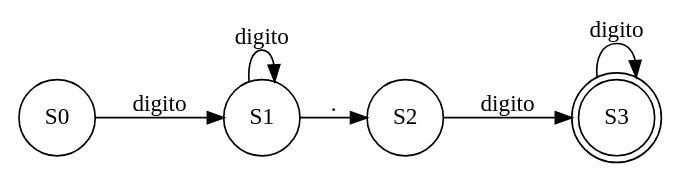
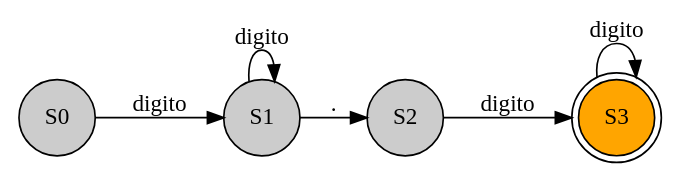
The diagram in src/AFD_201902502/decimales.dot (Desconocido502/OLC1-proyecto1-201902502), drawn with Graphviz before and after one commit. The commit also changed 77 other files, not shown here.

```diff
--- a/src/AFD_201902502/decimales.dot
+++ b/src/AFD_201902502/decimales.dot
@@ -1,11 +1,12 @@
 digraph finite_state_machine {
 rankdir=LR;
 size="8,5"
-node [shape = doublecircle];S3;
-node [shape = circle];
+S3[shape = doublecircle, style = filled, fillcolor = "#FFA500"];
+
+node [shape = circle, style = filled, fillcolor = "#CCCCCC"];
 S0->S1[ label ="digito"];
 S1->S1[ label ="digito"];
 S1->S2[ label ="."];
 S2->S3[ label ="digito"];
 S3->S3[ label ="digito"];
 }
```
